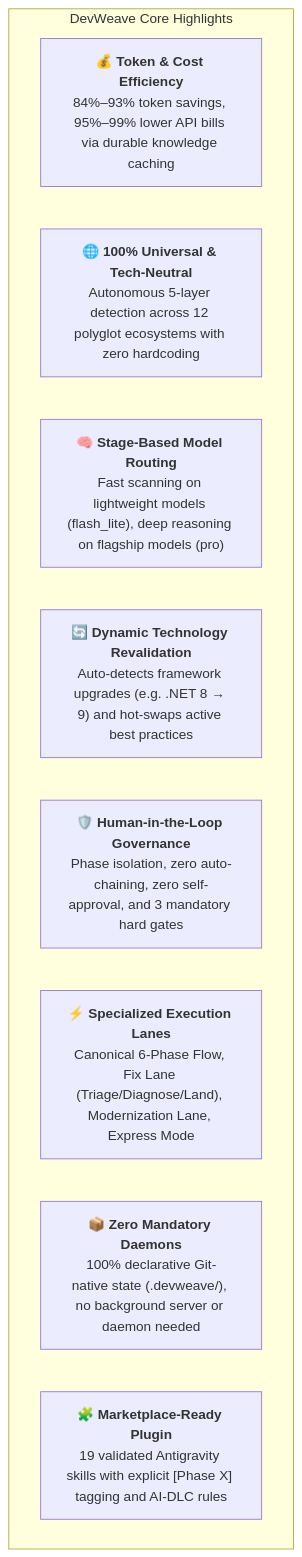
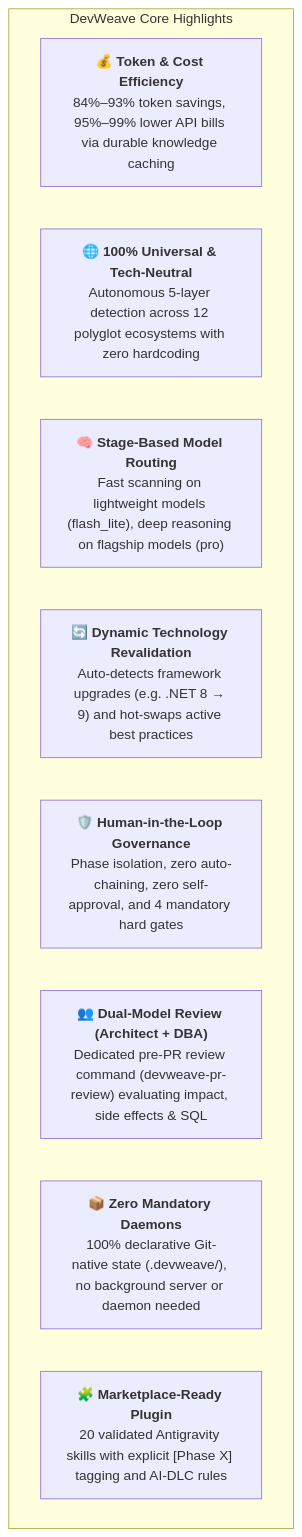
Before and after one commit to paarthivnaik/DevWeave: the first of 2 diagrams in README.md, drawn with Mermaid. The commit also changed other lines of this file and 5 other files, not shown here.

Commit message:
feat(skills): introduce dedicated devweave-pr-review command with dual-model review and HITL checkpoint before PR creation

````diff
--- a/README.md
+++ b/README.md
@@ -11,13 +11,13 @@
 ```mermaid
 flowchart TD
     subgraph HIGHLIGHTS["DevWeave Core Highlights"]
         H1["<b>💰 Token & Cost Efficiency</b><br>84%–93% token savings, 95%–99% lower API bills via durable knowledge caching"]
         H2["<b>🌐 100% Universal & Tech-Neutral</b><br>Autonomous 5-layer detection across 12 polyglot ecosystems with zero hardcoding"]
         H3["<b>🧠 Stage-Based Model Routing</b><br>Fast scanning on lightweight models (flash_lite), deep reasoning on flagship models (pro)"]
         H4["<b>🔄 Dynamic Technology Revalidation</b><br>Auto-detects framework upgrades (e.g. .NET 8 → 9) and hot-swaps active best practices"]
-        H5["<b>🛡️ Human-in-the-Loop Governance</b><br>Phase isolation, zero auto-chaining, zero self-approval, and 3 mandatory hard gates"]
-        H6["<b>⚡ Specialized Execution Lanes</b><br>Canonical 6-Phase Flow, Fix Lane (Triage/Diagnose/Land), Modernization Lane, Express Mode"]
+        H5["<b>🛡️ Human-in-the-Loop Governance</b><br>Phase isolation, zero auto-chaining, zero self-approval, and 4 mandatory hard gates"]
+        H6["<b>👥 Dual-Model Review (Architect + DBA)</b><br>Dedicated pre-PR review command (devweave-pr-review) evaluating impact, side effects & SQL"]
         H7["<b>📦 Zero Mandatory Daemons</b><br>100% declarative Git-native state (.devweave/), no background server or daemon needed"]
-        H8["<b>🧩 Marketplace-Ready Plugin</b><br>19 validated Antigravity skills with explicit [Phase X] tagging and AI-DLC rules"]
+        H8["<b>🧩 Marketplace-Ready Plugin</b><br>20 validated Antigravity skills with explicit [Phase X] tagging and AI-DLC rules"]
     end
 ```
````
